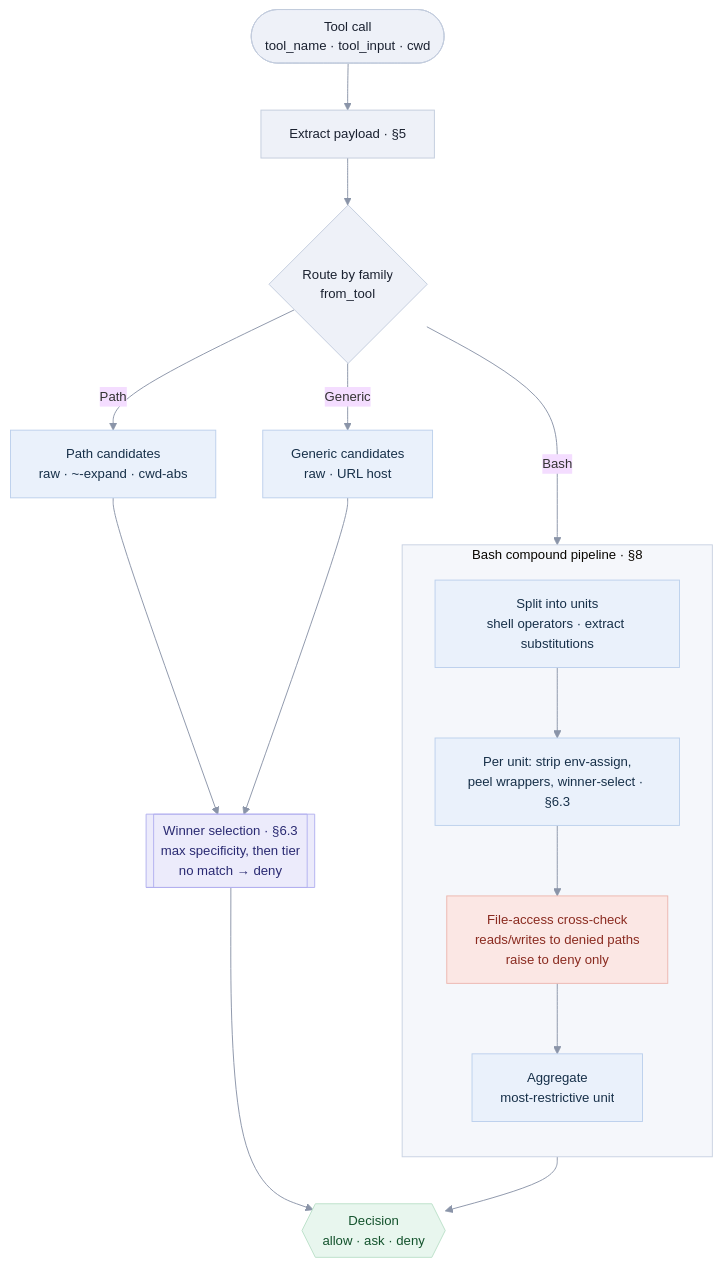
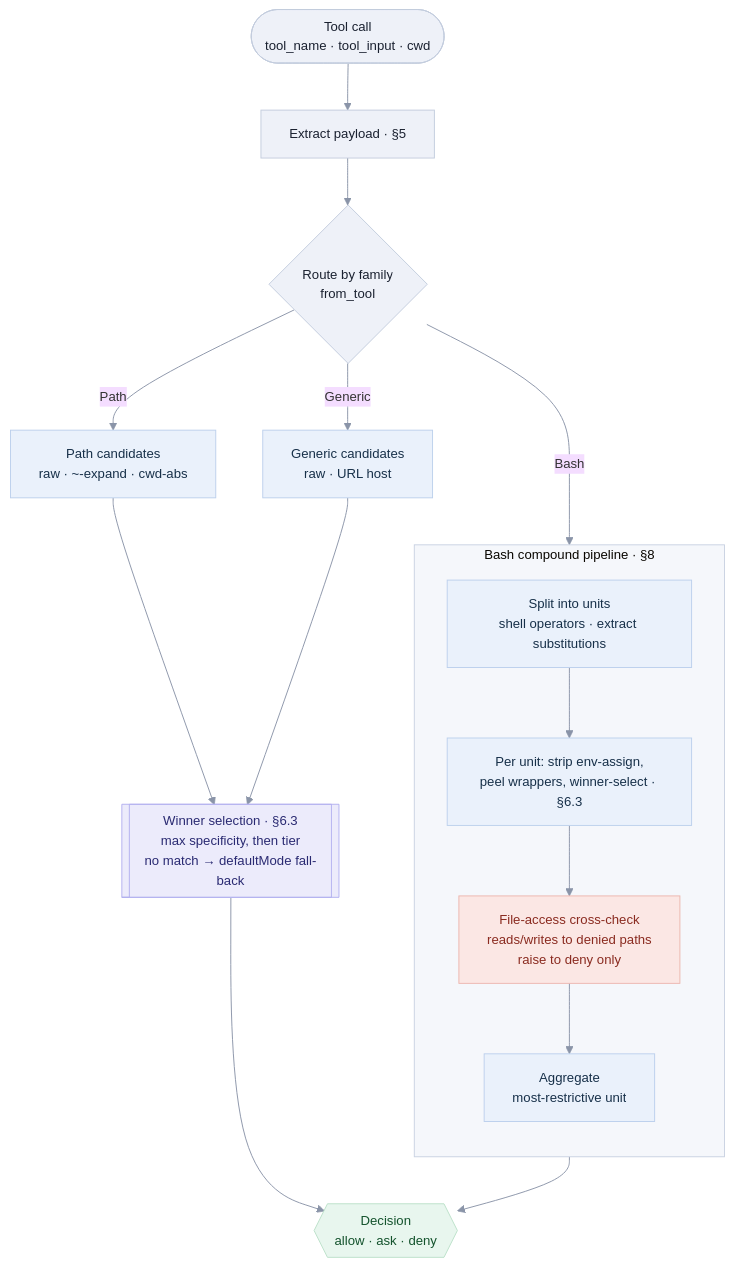
The diagram in docs/DESIGN.md (saleem-mirza/permcheck), drawn with Mermaid before and after one commit. The commit also changed other lines of this file and 14 other files, not shown here.

First line of the commit message:
feat: configurable unmatched-command fall-back via defaultMode

````diff
--- a/docs/DESIGN.md
+++ b/docs/DESIGN.md
@@ -38,37 +38,37 @@
 ```mermaid
 %%{init: {'theme':'base','themeVariables':{'fontFamily':'ui-sans-serif, system-ui, sans-serif','fontSize':'14px','lineColor':'#8a94a8','clusterBkg':'#f5f7fb','clusterBorder':'#c9d2e2'}}}%%
 flowchart TD
     IN([Tool call<br/>tool_name · tool_input · cwd]) --> EX[Extract payload · §5]
     EX --> RT{Route by family<br/>from_tool}
 
     RT -->|Bash| SP
     subgraph BASH [Bash compound pipeline · §8]
         direction TB
         SP[Split into units<br/>shell operators · extract substitutions] --> UN[Per unit: strip env-assign,<br/>peel wrappers, winner-select · §6.3]
         UN --> CC[File-access cross-check<br/>reads/writes to denied paths<br/>raise to deny only]
         CC --> AG[Aggregate<br/>most-restrictive unit]
     end
 
     RT -->|Path| PC[Path candidates<br/>raw · ~-expand · cwd-abs]
     RT -->|Generic| GC[Generic candidates<br/>raw · URL host]
 
     PC --> WS
     GC --> WS
-    WS[[Winner selection · §6.3<br/>max specificity, then tier<br/>no match → deny]]
+    WS[[Winner selection · §6.3<br/>max specificity, then tier<br/>no match → defaultMode fall-back]]
 
     AG --> DEC
     WS --> DEC
     DEC{{Decision<br/>allow · ask · deny}}
 
     classDef io fill:#eef1f8,stroke:#c3ccdd,color:#1a2130;
     classDef proc fill:#eaf1fb,stroke:#bcd0ec,color:#173049;
     classDef core fill:#ecebfb,stroke:#b3b1ef,color:#2a2a72;
     classDef raise fill:#fbe7e4,stroke:#ecb6ae,color:#8a2b20;
     classDef decide fill:#e8f6ee,stroke:#bbe0c9,color:#14532d;
 
     class IN,EX,RT io;
     class SP,UN,PC,GC,AG proc;
     class WS core;
     class CC raise;
     class DEC decide;
 ```
````
